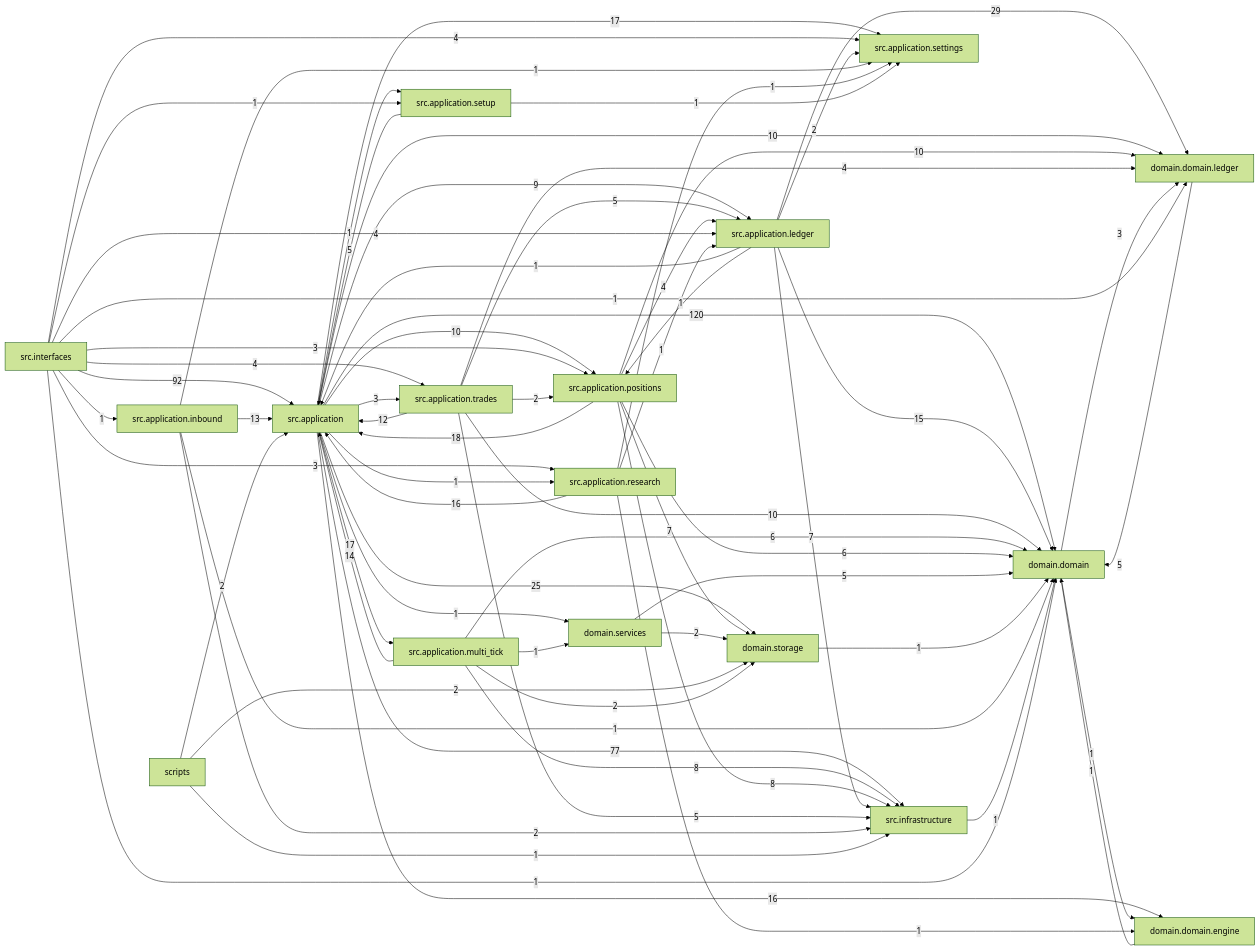
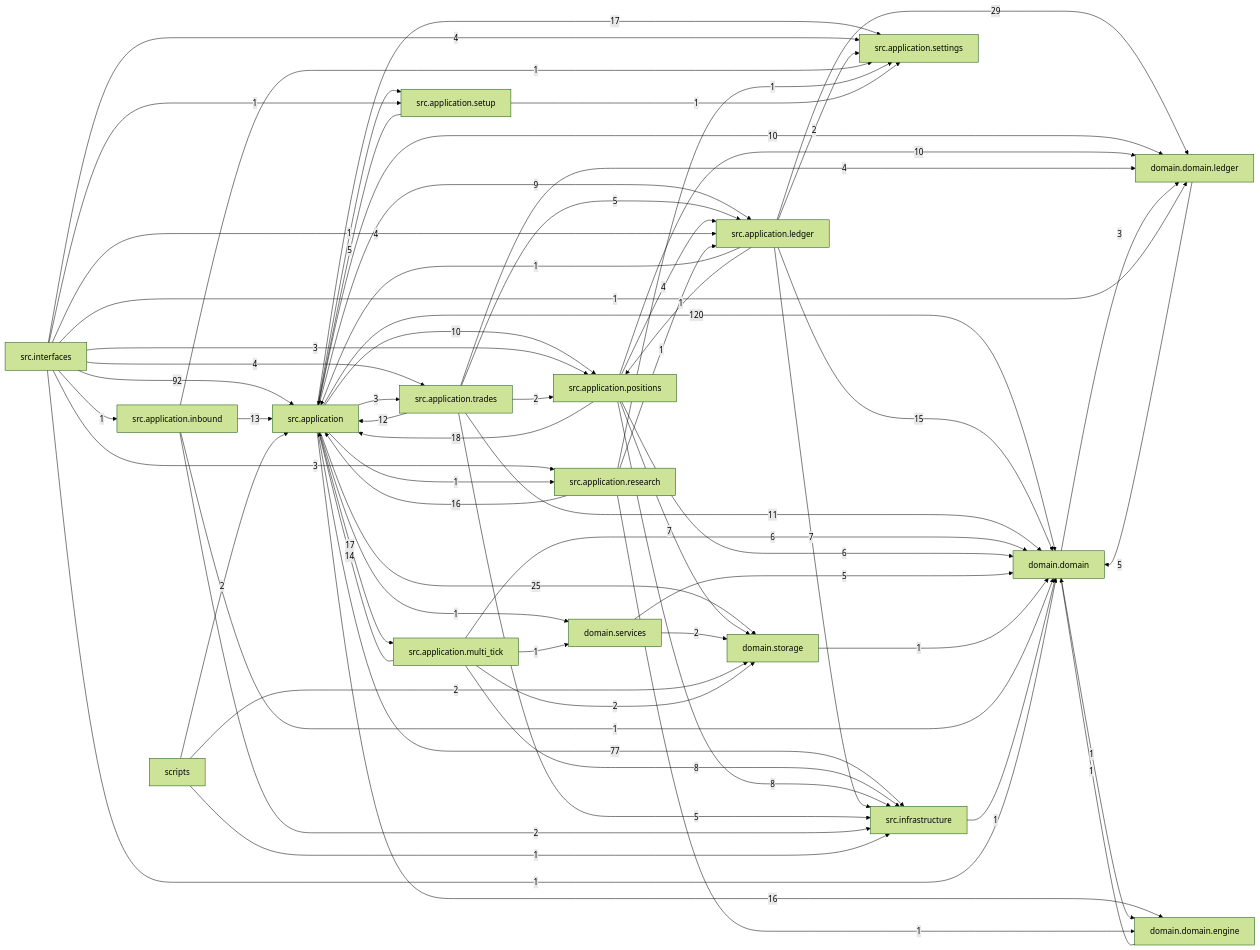
Before and after one commit to liuxie066/options-monitor: the diagram in docs/dependency_graph.mmd, drawn with Mermaid (forest theme). The commit also changed 41 other files, not shown here.

```diff
--- a/docs/dependency_graph.mmd
+++ b/docs/dependency_graph.mmd
@@ -1,68 +1,68 @@
 flowchart LR
   src_application["src.application"] -->|120| domain_domain["domain.domain"]
   src_interfaces["src.interfaces"] -->|92| src_application["src.application"]
   src_application["src.application"] -->|77| src_infrastructure["src.infrastructure"]
   src_application_ledger["src.application.ledger"] -->|29| domain_domain_ledger["domain.domain.ledger"]
   src_application["src.application"] -->|25| domain_storage["domain.storage"]
   src_application_positions["src.application.positions"] -->|18| src_application["src.application"]
   src_application["src.application"] -->|17| src_application_multi_tick["src.application.multi_tick"]
   src_application["src.application"] -->|17| src_application_settings["src.application.settings"]
   src_application["src.application"] -->|16| domain_domain_engine["domain.domain.engine"]
   src_application_research["src.application.research"] -->|16| src_application["src.application"]
   src_application_ledger["src.application.ledger"] -->|15| domain_domain["domain.domain"]
   src_application_multi_tick["src.application.multi_tick"] -->|14| src_application["src.application"]
   src_application_inbound["src.application.inbound"] -->|13| src_application["src.application"]
   src_application_trades["src.application.trades"] -->|12| src_application["src.application"]
+  src_application_trades["src.application.trades"] -->|11| domain_domain["domain.domain"]
   src_application["src.application"] -->|10| domain_domain_ledger["domain.domain.ledger"]
   src_application["src.application"] -->|10| src_application_positions["src.application.positions"]
   src_application_positions["src.application.positions"] -->|10| domain_domain_ledger["domain.domain.ledger"]
-  src_application_trades["src.application.trades"] -->|10| domain_domain["domain.domain"]
   src_application["src.application"] -->|9| src_application_ledger["src.application.ledger"]
   src_application_multi_tick["src.application.multi_tick"] -->|8| src_infrastructure["src.infrastructure"]
   src_application_positions["src.application.positions"] -->|8| src_infrastructure["src.infrastructure"]
   src_application_ledger["src.application.ledger"] -->|7| src_infrastructure["src.infrastructure"]
   src_application_positions["src.application.positions"] -->|7| domain_storage["domain.storage"]
   src_application_multi_tick["src.application.multi_tick"] -->|6| domain_domain["domain.domain"]
   src_application_positions["src.application.positions"] -->|6| domain_domain["domain.domain"]
   domain_domain_ledger["domain.domain.ledger"] -->|5| domain_domain["domain.domain"]
   domain_services["domain.services"] -->|5| domain_domain["domain.domain"]
   src_application_setup["src.application.setup"] -->|5| src_application["src.application"]
   src_application_trades["src.application.trades"] -->|5| src_application_ledger["src.application.ledger"]
   src_application_trades["src.application.trades"] -->|5| src_infrastructure["src.infrastructure"]
   src_application_positions["src.application.positions"] -->|4| src_application_ledger["src.application.ledger"]
   src_application_trades["src.application.trades"] -->|4| domain_domain_ledger["domain.domain.ledger"]
   src_interfaces["src.interfaces"] -->|4| src_application_ledger["src.application.ledger"]
   src_interfaces["src.interfaces"] -->|4| src_application_settings["src.application.settings"]
   src_interfaces["src.interfaces"] -->|4| src_application_trades["src.application.trades"]
   domain_domain["domain.domain"] -->|3| domain_domain_ledger["domain.domain.ledger"]
   src_application["src.application"] -->|3| src_application_trades["src.application.trades"]
   src_interfaces["src.interfaces"] -->|3| src_application_positions["src.application.positions"]
   src_interfaces["src.interfaces"] -->|3| src_application_research["src.application.research"]
   domain_services["domain.services"] -->|2| domain_storage["domain.storage"]
   scripts["scripts"] -->|2| domain_storage["domain.storage"]
   scripts["scripts"] -->|2| src_application["src.application"]
   src_application_inbound["src.application.inbound"] -->|2| src_infrastructure["src.infrastructure"]
   src_application_ledger["src.application.ledger"] -->|2| src_application_settings["src.application.settings"]
   src_application_multi_tick["src.application.multi_tick"] -->|2| domain_storage["domain.storage"]
   src_application_trades["src.application.trades"] -->|2| src_application_positions["src.application.positions"]
   domain_domain["domain.domain"] -->|1| domain_domain_engine["domain.domain.engine"]
   domain_domain_engine["domain.domain.engine"] -->|1| domain_domain["domain.domain"]
   domain_storage["domain.storage"] -->|1| domain_domain["domain.domain"]
   scripts["scripts"] -->|1| src_infrastructure["src.infrastructure"]
   src_application["src.application"] -->|1| domain_services["domain.services"]
   src_application["src.application"] -->|1| src_application_research["src.application.research"]
   src_application["src.application"] -->|1| src_application_setup["src.application.setup"]
   src_application_inbound["src.application.inbound"] -->|1| domain_domain["domain.domain"]
   src_application_inbound["src.application.inbound"] -->|1| src_application_settings["src.application.settings"]
   src_application_ledger["src.application.ledger"] -->|1| src_application["src.application"]
   src_application_ledger["src.application.ledger"] -->|1| src_application_positions["src.application.positions"]
   src_application_multi_tick["src.application.multi_tick"] -->|1| domain_services["domain.services"]
   src_application_research["src.application.research"] -->|1| domain_domain_engine["domain.domain.engine"]
   src_application_research["src.application.research"] -->|1| src_application_ledger["src.application.ledger"]
   src_application_research["src.application.research"] -->|1| src_application_settings["src.application.settings"]
   src_application_setup["src.application.setup"] -->|1| src_application_settings["src.application.settings"]
   src_infrastructure["src.infrastructure"] -->|1| domain_domain["domain.domain"]
   src_interfaces["src.interfaces"] -->|1| domain_domain["domain.domain"]
   src_interfaces["src.interfaces"] -->|1| domain_domain_ledger["domain.domain.ledger"]
   src_interfaces["src.interfaces"] -->|1| src_application_inbound["src.application.inbound"]
   src_interfaces["src.interfaces"] -->|1| src_application_setup["src.application.setup"]
```
